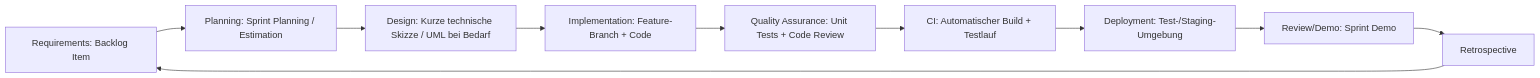
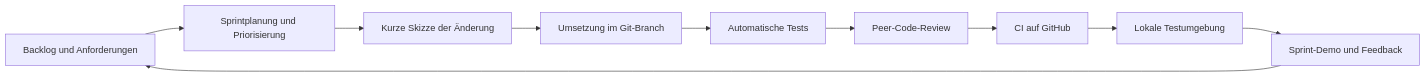
The diagram in docs/Sprint3_Prototype.md (Paulfritsch/SmartHome), drawn with Mermaid before and after one commit. The commit also changed other lines of this file and 15 other files, not shown here.

Commit message:
Sprint 3: Prototyp mit funktionsfähigem Konfigurator, Ersparnisrechnung, Warenkorb, Tests fertiggestellt

````diff
--- a/docs/Sprint3_Prototype.md
+++ b/docs/Sprint3_Prototype.md
@@ -22,12 +68,12 @@
 ```mermaid
 flowchart LR
-    A[Requirements: Backlog Item] --> B[Planning: Sprint Planning / Estimation]
-    B --> C[Design: Kurze technische Skizze / UML bei Bedarf]
-    C --> D[Implementation: Feature-Branch + Code]
-    D --> E[Quality Assurance: Unit Tests + Code Review]
-    E --> F[CI: Automatischer Build + Testlauf]
-    F --> G[Deployment: Test-/Staging-Umgebung]
-    G --> H[Review/Demo: Sprint Demo]
-    H --> I[Retrospective]
+    A[Backlog und Anforderungen] --> B[Sprintplanung und Priorisierung]
+    B --> C[Kurze Skizze der Änderung]
+    C --> D[Umsetzung im Git-Branch]
+    D --> E[Automatische Tests]
+    E --> F[Peer-Code-Review]
+    F --> G[CI auf GitHub]
+    G --> H[Lokale Testumgebung]
+    H --> I[Sprint-Demo und Feedback]
     I --> A
 ```
````
